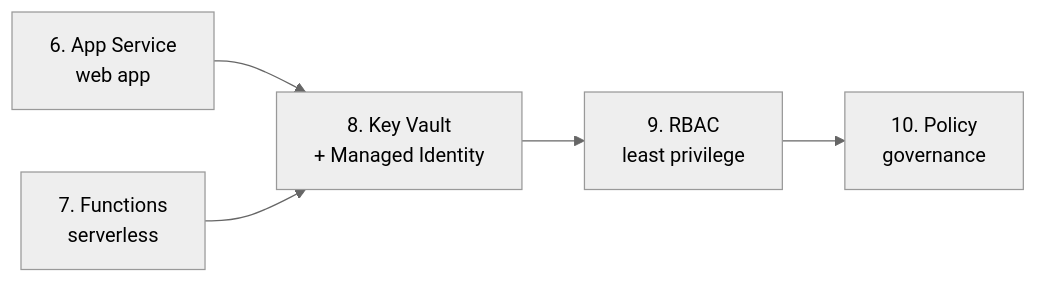
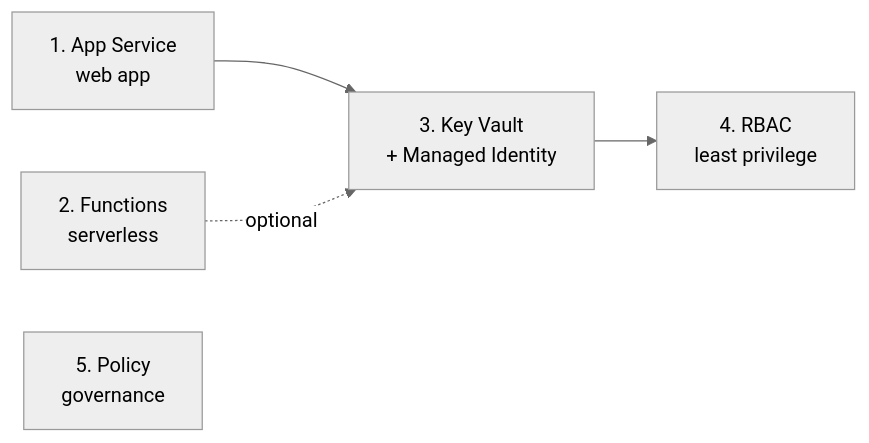
Before and after one commit to Taeyangmoon/azure-paas-lab: the diagram in README.en.md, drawn with Mermaid (neutral theme). The commit also changed other lines of this file and 15 other files, not shown here.

````diff
--- a/README.en.md
+++ b/README.en.md
@@ -23,7 +23,7 @@
 ```mermaid
 flowchart LR
-  A[6. App Service<br/>web app] --> C
-  B[7. Functions<br/>serverless] --> C
-  C[8. Key Vault<br/>+ Managed Identity] --> D[9. RBAC<br/>least privilege]
-  D --> E[10. Policy<br/>governance]
+  A[1. App Service<br/>web app] --> C
+  B[2. Functions<br/>serverless] -.optional.-> C
+  C[3. Key Vault<br/>+ Managed Identity] --> D[4. RBAC<br/>least privilege]
+  E[5. Policy<br/>governance]
 ```
````
